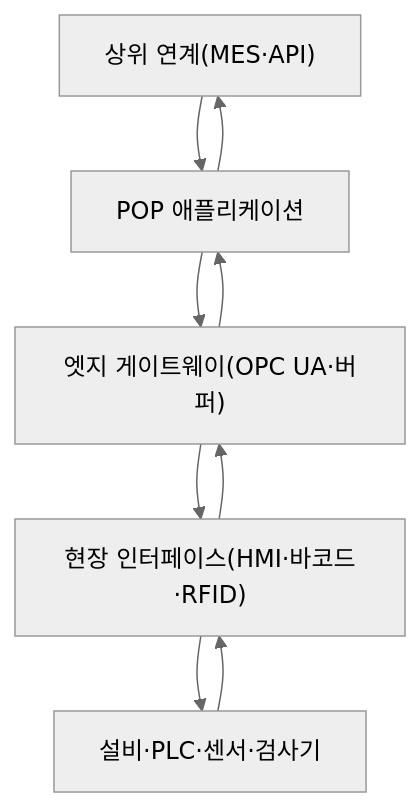
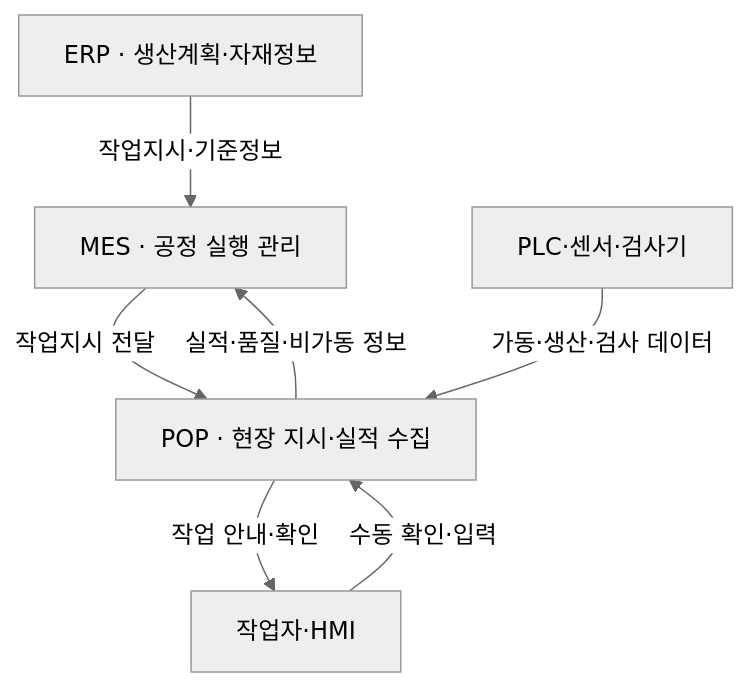
Before and after one commit to agnusdei1207/study: the second of 2 diagrams in src/content/docs/notes/itpe/01-it-strategy/038_pop.md, drawn with Mermaid (neutral theme). The commit also changed other lines of this file, not shown here.

Commit message:
Revise POP study note

````diff
--- a/src/content/docs/notes/itpe/01-it-strategy/038_pop.md
+++ b/src/content/docs/notes/itpe/01-it-strategy/038_pop.md
@@ -132,11 +97,9 @@
 ```mermaid
-flowchart TB
-    A["상위 연계(MES·API)"] --> B["POP 애플리케이션"]
-    B --> C["엣지 게이트웨이(OPC UA·버퍼)"]
-    C --> D["현장 인터페이스(HMI·바코드·RFID)"]
-    D --> E["설비·PLC·센서·검사기"]
-    E --> D
-    D --> C
-    C --> B
-    B --> A
+flowchart TD
+    E["ERP · 생산계획·자재정보"] -->|작업지시·기준정보| M["MES · 공정 실행 관리"]
+    M -->|작업지시 전달| P["POP · 현장 지시·실적 수집"]
+    P -->|작업 안내·확인| H["작업자·HMI"]
+    L["PLC·센서·검사기"] -->|가동·생산·검사 데이터| P
+    H -->|수동 확인·입력| P
+    P -->|실적·품질·비가동 정보| M
 ```
````
